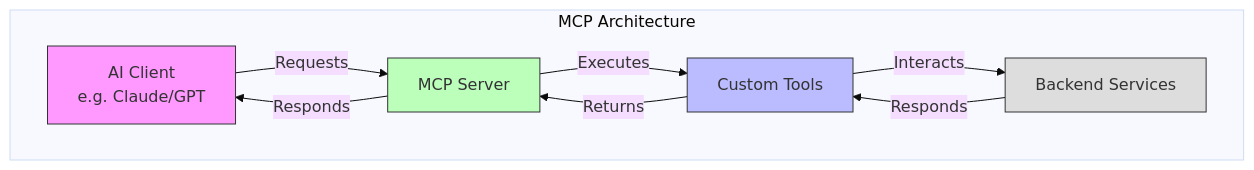
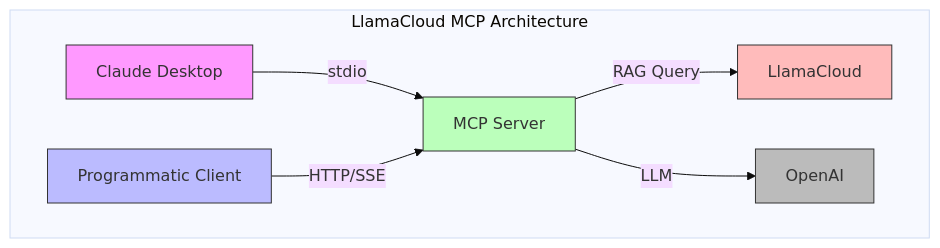
The diagram in docs/blog.md (tosin2013/llamacloud-mcp), drawn with Mermaid (base theme) before and after one commit. The commit also changed other lines of this file, not shown here.

````diff
--- a/docs/blog.md
+++ b/docs/blog.md
@@ -23,21 +19,21 @@
 ```mermaid
 graph TB
-    subgraph "MCP Architecture"
-        Client[AI Client<br/>e.g. Claude/GPT]
-        Server[MCP Server]
-        Tools[Custom Tools]
-        Backend[Backend Services]
+    subgraph "LlamaCloud MCP Architecture"
+        CD[Claude Desktop]
+        PC[Programmatic Client]
+        MCP[MCP Server]
+        LC[LlamaCloud]
+        OAI[OpenAI]
         
-        Client -->|Requests| Server
-        Server -->|Executes| Tools
-        Tools -->|Interacts| Backend
-        Backend -->|Responds| Tools
-        Tools -->|Returns| Server
-        Server -->|Responds| Client
+        CD -->|stdio| MCP
+        PC -->|HTTP/SSE| MCP
+        MCP -->|RAG Query| LC
+        MCP -->|LLM| OAI
     end
 
-    style Client fill:#f9f,stroke:#333
-    style Server fill:#bfb,stroke:#333
-    style Tools fill:#bbf,stroke:#333
-    style Backend fill:#ddd,stroke:#333
+    style CD fill:#f9f,stroke:#333
+    style PC fill:#bbf,stroke:#333
+    style MCP fill:#bfb,stroke:#333
+    style LC fill:#fbb,stroke:#333
+    style OAI fill:#bbb,stroke:#333
 ```
````
